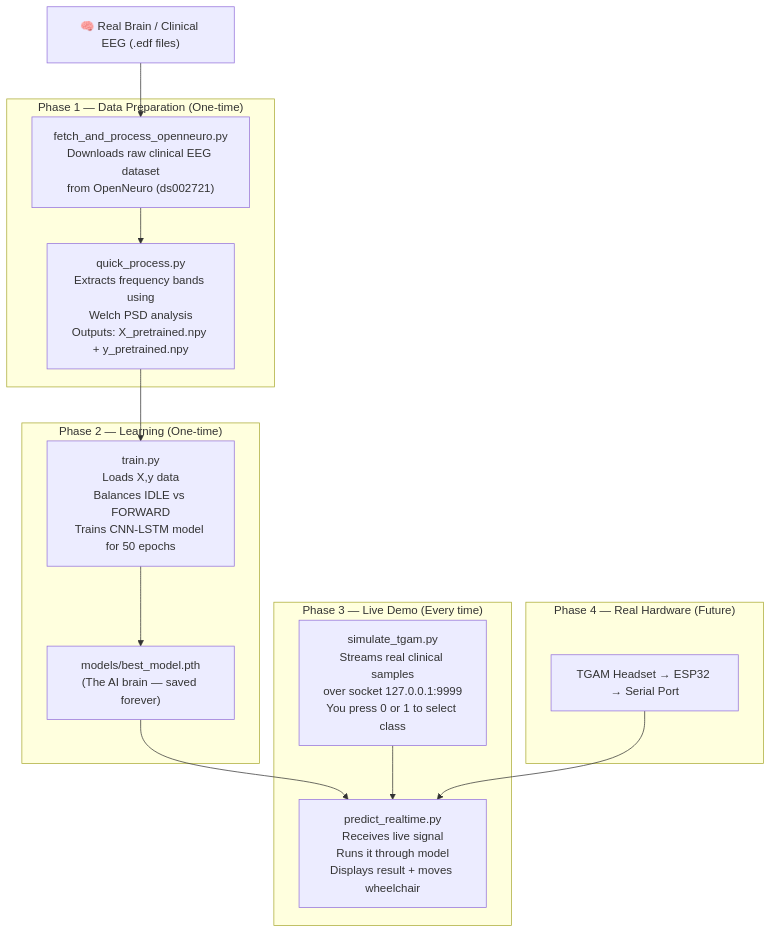
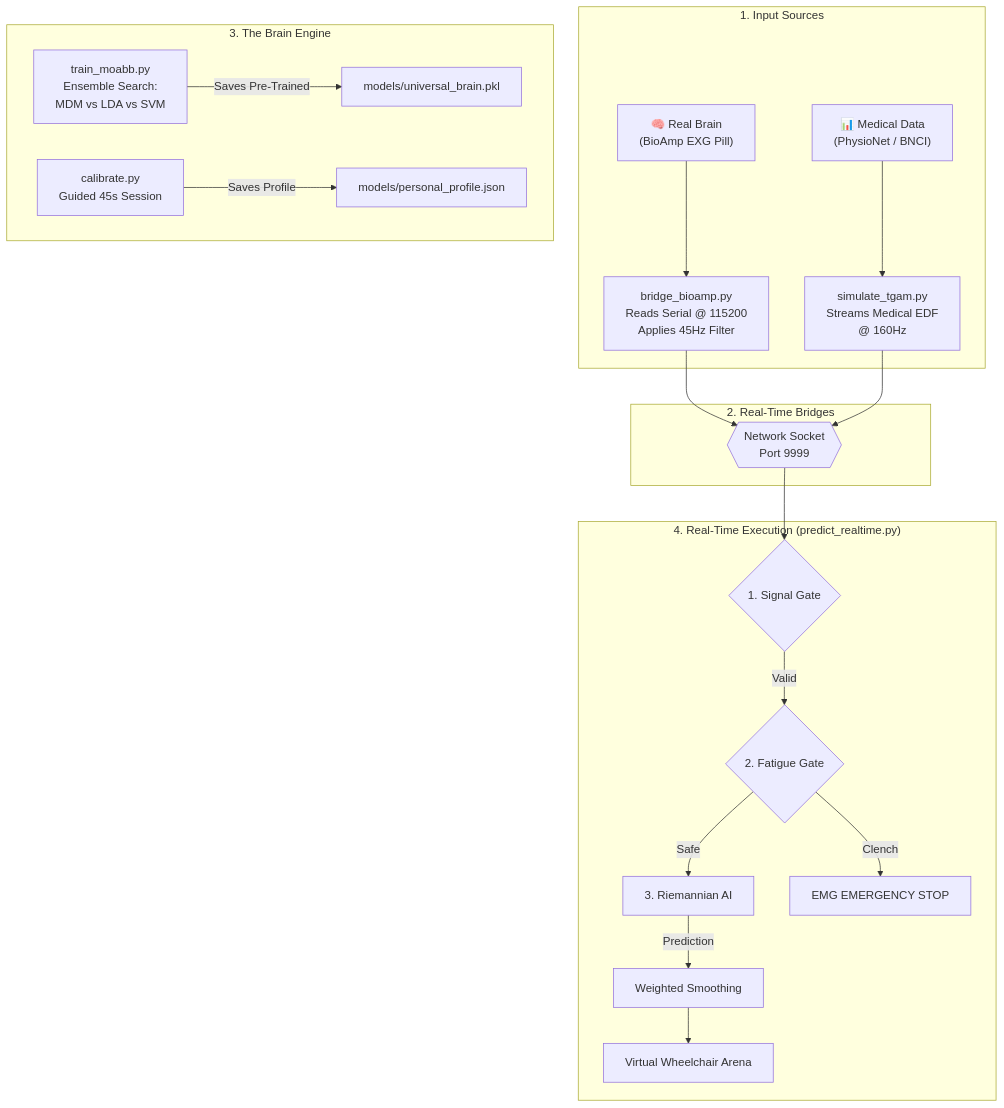
The diagram in ARCHITECTURE.md (NAVEENKCG/Mind_Wave_AImodel), drawn with Mermaid before and after one commit. The commit also changed other lines of this file and 3 other files, not shown here.

Commit message:
docs: overhaul documentation for Hybrid BCI-EMG v2.0 and Universal Brain architecture

````diff
--- a/ARCHITECTURE.md
+++ b/ARCHITECTURE.md
@@ -10,24 +9,36 @@
 ```mermaid
 flowchart TD
-    A["🧠 Real Brain / Clinical EEG (.edf files)"] --> B
-
-    subgraph PHASE1["Phase 1 — Data Preparation (One-time)"]
-        B["fetch_and_process_openneuro.py\nDownloads raw clinical EEG dataset\nfrom OpenNeuro (ds002721)"] --> C
-        C["quick_process.py\nExtracts frequency bands using\nWelch PSD analysis\nOutputs: X_pretrained.npy + y_pretrained.npy"]
+    %% Input Layer
+    subgraph INPUT["1. Input Sources"]
+        A1["🧠 Real Brain<br/>(BioAmp EXG Pill)"] --> B1
+        A2["📊 Medical Data<br/>(PhysioNet / BNCI)"] --> B2
     end
 
-    subgraph PHASE2["Phase 2 — Learning (One-time)"]
-        C --> D["train.py\nLoads X,y data\nBalances IDLE vs FORWARD\nTrains CNN-LSTM model for 50 epochs"]
-        D --> E["models/best_model.pth\n(The AI brain — saved forever)"]
+    %% Signal Processing Layer
+    subgraph BRIDGES["2. Real-Time Bridges"]
+        B1["bridge_bioamp.py<br/>Reads Serial @ 115200<br/>Applies 45Hz Filter"]
+        B2["simulate_tgam.py<br/>Streams Medical EDF<br/>@ 160Hz"]
+        B1 --> SOCKET
+        B2 --> SOCKET
+        SOCKET{{"Network Socket<br/>Port 9999"}}
     end
 
-    subgraph PHASE3["Phase 3 — Live Demo (Every time)"]
-        E --> G
-        F["simulate_tgam.py\nStreams real clinical samples\nover socket 127.0.0.1:9999\nYou press 0 or 1 to select class"] --> G
-        G["predict_realtime.py\nReceives live signal\nRuns it through model\nDisplays result + moves wheelchair"]
+    %% AI Learning Layer
+    subgraph AI["3. The Brain Engine"]
+        T["train_moabb.py<p/>Ensemble Search:<br/>MDM vs LDA vs SVM"]
+        T -->|Saves Pre-Trained| M1["models/universal_brain.pkl"]
+        CAL["calibrate.py<br/>Guided 45s Session"]
+        CAL -->|Saves Profile| P1["models/personal_profile.json"]
     end
 
-    subgraph FUTURE["Phase 4 — Real Hardware (Future)"]
-        H["TGAM Headset → ESP32 → Serial Port"] --> G
+    %% Execution Layer
+    subgraph LIVE["4. Real-Time Execution (predict_realtime.py)"]
+        SOCKET --> GATE{1. Signal Gate}
+        GATE --Valid--> FATIGUE{2. Fatigue Gate}
+        FATIGUE --Safe--> BRAIN[3. Riemannian AI]
+        FATIGUE --Clench--> STOP[EMG EMERGENCY STOP]
+        
+        BRAIN -->|Prediction| VOTE[Weighted Smoothing]
+        VOTE --> ARENA["Virtual Wheelchair Arena"]
     end
 ```
````
